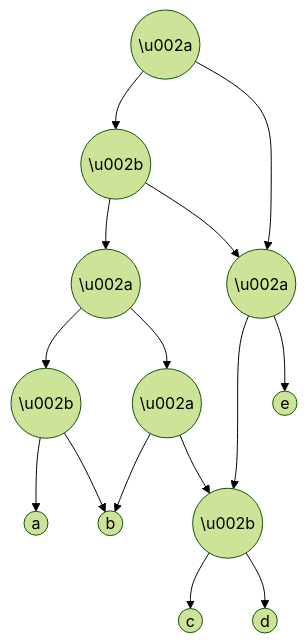
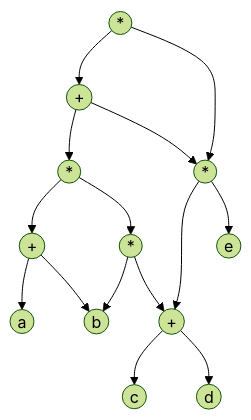
The second of 3 diagrams in 6.Graph/4图的应用.md (Tippye/cs408), drawn with Mermaid (forest theme) before and after one commit. The commit also changed other lines of this file and 177 other files, not shown here.

Commit message:
调整部分页面显示，增加html版本预览，图片存放到仓库

````diff
--- a/6.Graph/4图的应用.md
+++ b/6.Graph/4图的应用.md
@@ -134,11 +134,11 @@
 ```mermaid
 graph TB
 
-M1((\u002a)) --> P1((\u002b)) & M2((\u002a))
-P1 --> M3((\u002a)) & M2
-M3 --> P2((\u002b)) & M4((\u002a))
+M1((*)) --> P1((+)) & M2((*))
+P1 --> M3((*)) & M2
+M3 --> P2((+)) & M4((*))
 P2 --> A((a)) & B((b))
-M4 --> B((b)) & P3((\u002b))
+M4 --> B((b)) & P3((+))
 M2 --> P3 & E((e))
 P3 --> C((c)) & D((d))
 ```
````
